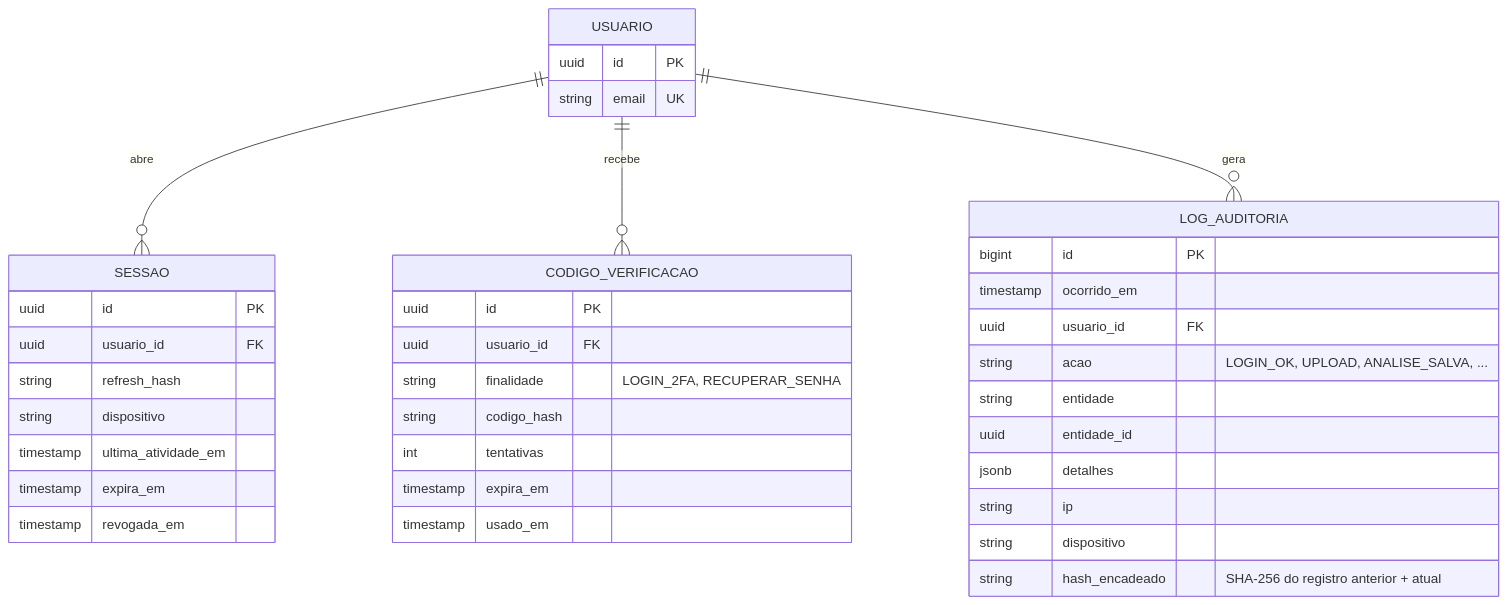
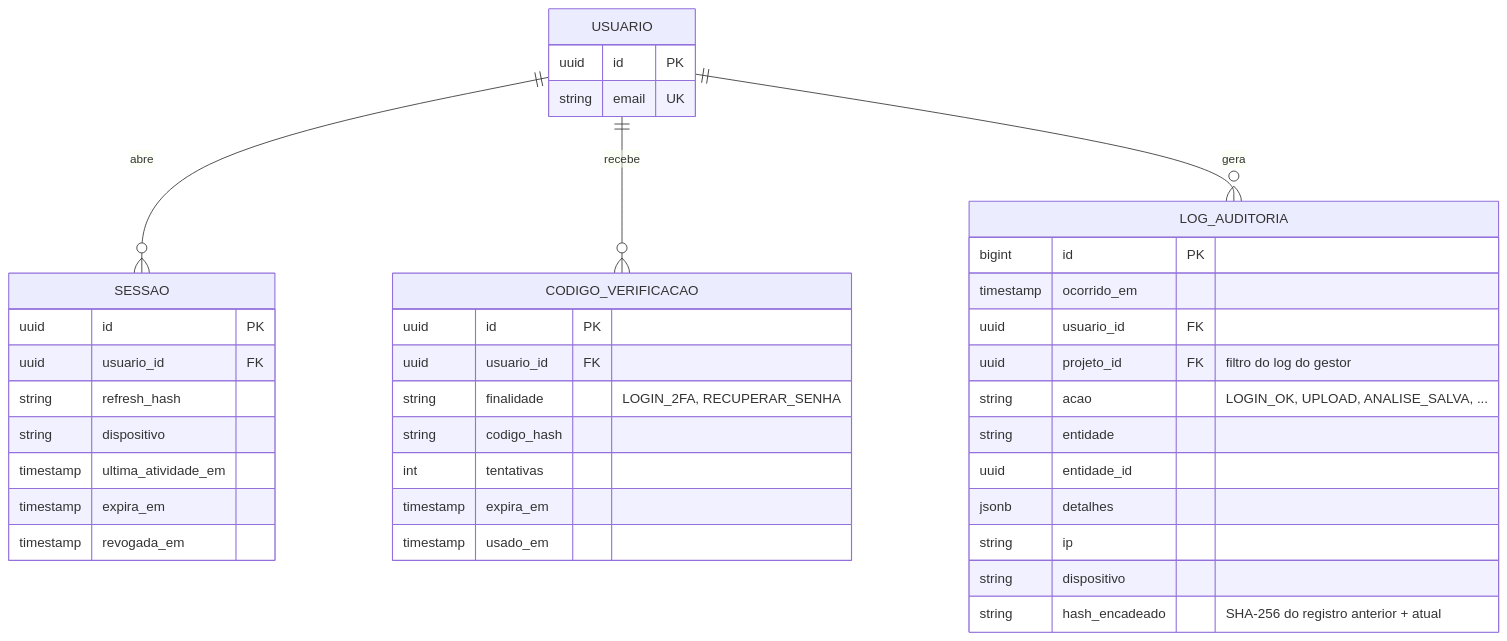
Diagram 13 of 13 in docs/02-arquitetura.md (Matheus-Lordron/ki67), drawn with Mermaid before and after one commit. The commit also changed other lines of this file and 6 other files, not shown here.

````diff
--- a/docs/02-arquitetura.md
+++ b/docs/02-arquitetura.md
@@ -481,41 +553,42 @@
 ```mermaid
 erDiagram
     USUARIO ||--o{ SESSAO : "abre"
     USUARIO ||--o{ CODIGO_VERIFICACAO : "recebe"
     USUARIO ||--o{ LOG_AUDITORIA : "gera"
 
     USUARIO {
         uuid id PK
         string email UK
     }
     LOG_AUDITORIA {
         bigint id PK
         timestamp ocorrido_em
         uuid usuario_id FK
+        uuid projeto_id FK "filtro do log do gestor"
         string acao "LOGIN_OK, UPLOAD, ANALISE_SALVA, ..."
         string entidade
         uuid entidade_id
         jsonb detalhes
         string ip
         string dispositivo
         string hash_encadeado "SHA-256 do registro anterior + atual"
     }
     SESSAO {
         uuid id PK
         uuid usuario_id FK
         string refresh_hash
         string dispositivo
         timestamp ultima_atividade_em
         timestamp expira_em
         timestamp revogada_em
     }
     CODIGO_VERIFICACAO {
         uuid id PK
         uuid usuario_id FK
         string finalidade "LOGIN_2FA, RECUPERAR_SENHA"
         string codigo_hash
         int tentativas
         timestamp expira_em
         timestamp usado_em
     }
 ```
````
